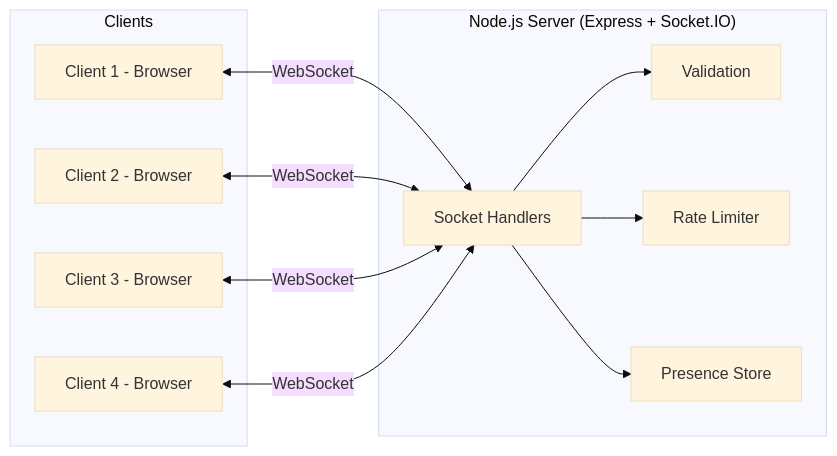
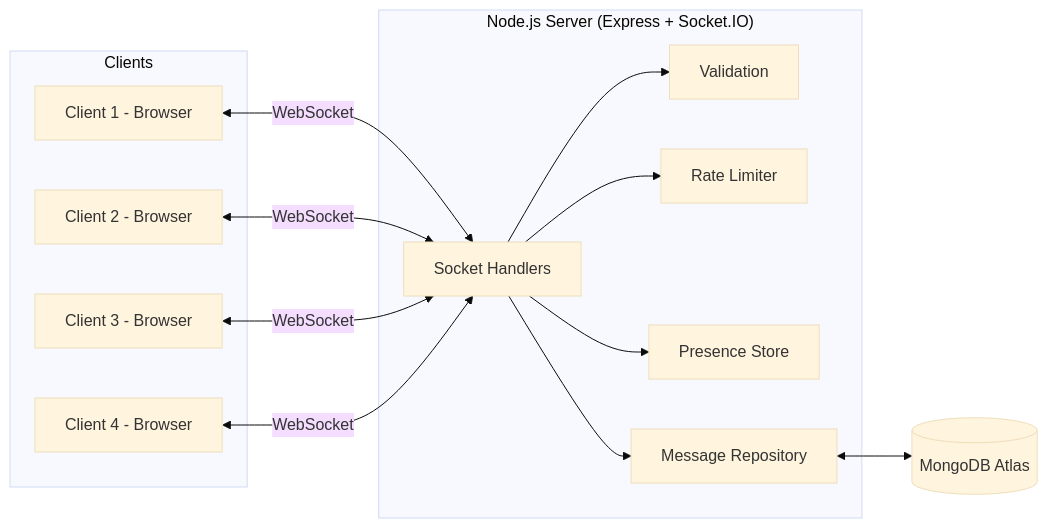
One commit to virtualvasu/csd-group-chat changed the first of 3 diagrams in README.md. Above: the diagram before and after it, drawn with Mermaid (base theme). The commit also changed other lines of this file and 17 other files, not shown here.

````diff
--- a/README.md
+++ b/README.md
@@ -78,25 +111,30 @@
 ```mermaid
 flowchart LR
     subgraph Clients
         C1[Client 1 - Browser]
         C2[Client 2 - Browser]
         C3[Client 3 - Browser]
         C4[Client 4 - Browser]
     end
 
     subgraph Server["Node.js Server (Express + Socket.IO)"]
         SH[Socket Handlers]
         VAL[Validation]
         RL[Rate Limiter]
         PR[Presence Store]
+        REPO[Message Repository]
     end
+
+    DB[(MongoDB Atlas)]
 
     C1 <-->|WebSocket| SH
     C2 <-->|WebSocket| SH
     C3 <-->|WebSocket| SH
     C4 <-->|WebSocket| SH
 
     SH --> VAL
     SH --> RL
     SH --> PR
+    SH --> REPO
+    REPO <--> DB
 ```
````
